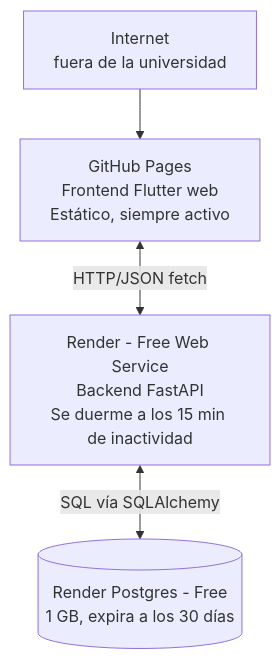
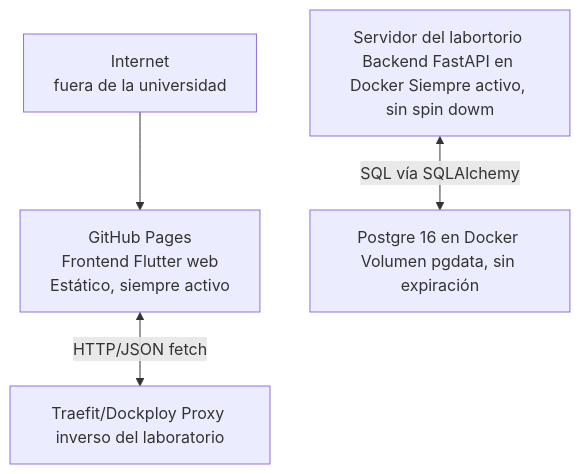
Before and after one commit to ISCOUTB/AS_202620_DinamikUTB: the diagram in docs/arc42/07-deployment-view.md, drawn with Mermaid. The commit also changed other lines of this file, not shown here.

````diff
--- a/docs/arc42/07-deployment-view.md
+++ b/docs/arc42/07-deployment-view.md
@@ -13,11 +19,12 @@
 ```mermaid
 flowchart TD
     A[Internet<br>fuera de la universidad]
     B[GitHub Pages<br>Frontend Flutter web<br>Estático, siempre activo]
-    C[Render - Free Web Service<br>Backend FastAPI<br>Se duerme a los 15 min de inactividad]
-    D[(Render Postgres - Free<br>1 GB, expira a los 30 días)]
-
+    C[Traefit/Dockploy Proxy inverso del laboratorio]
+    D[Servidor del labortorio Backend FastAPI en Docker Siempre activo, sin spin dowm]
+    E[Postgre 16 en Docker Volumen pgdata, sin expiración]
+ 
     A --> B
     B <-->|"HTTP/JSON fetch"| C
-    C <-->|"SQL vía SQLAlchemy"| D
+    D <-->|"SQL vía SQLAlchemy"| E
 ```
````
